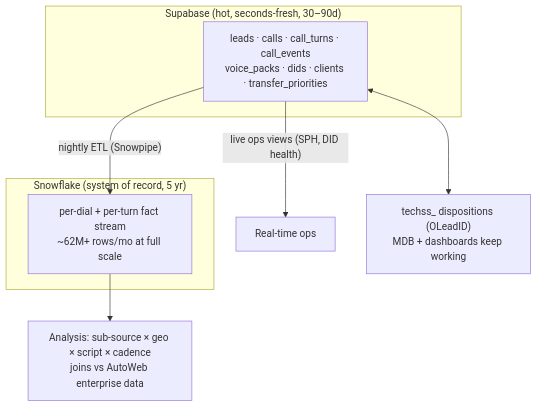
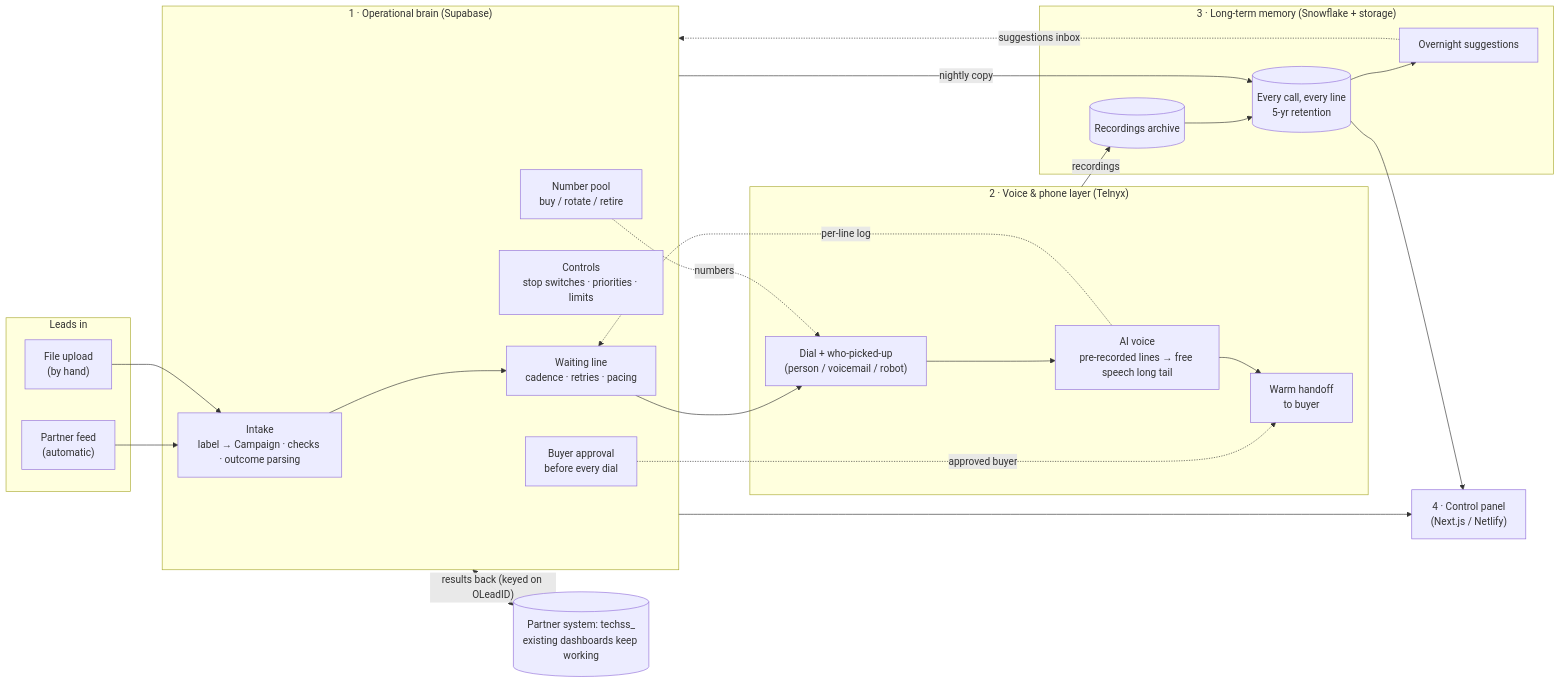
One commit to piermadsen-blcalls/fivestrata-dialer changed the third of 3 diagrams in docs/PRD.md. Above: the diagram before and after it, drawn with Mermaid. The commit also changed other lines of this file and 3 other files, not shown here.

First line of the commit message:
PRD + roadmap Draft v2: merge Pier's plain-language draft with Sean's v1

````diff
--- a/docs/PRD.md
+++ b/docs/PRD.md
@@ -145,13 +329,47 @@
 ```mermaid
-flowchart TB
-  subgraph HOT["Supabase (hot, seconds-fresh, 30–90d)"]
-    OPS["leads · calls · call_turns · call_events<br/>voice_packs · dids · clients · transfer_priorities"]
+flowchart LR
+  subgraph IN["Leads in"]
+    LC["Partner feed<br/>(automatic)"]
+    UP["File upload<br/>(by hand)"]
   end
-  subgraph WH["Snowflake (system of record, 5 yr)"]
-    FACT["per-dial + per-turn fact stream<br/>~62M+ rows/mo at full scale"]
+
+  subgraph BRAIN["1 · Operational brain (Supabase)"]
+    API["Intake<br/>label → Campaign · checks · outcome parsing"]
+    Q["Waiting line<br/>cadence · retries · pacing"]
+    DIDM["Number pool<br/>buy / rotate / retire"]
+    CSEL["Buyer approval<br/>before every dial"]
+    CTRL["Controls<br/>stop switches · priorities · limits"]
   end
-  OPS -- "nightly ETL (Snowpipe)" --> FACT
-  OPS -- "live ops views (SPH, DID health)" --> LIVEDASH["Real-time ops"]
-  FACT --> AN["Analysis: sub-source × geo × script × cadence<br/>joins vs AutoWeb enterprise data"]
-  OPS <--> WRITEBACK["techss_ dispositions (OLeadID)<br/>MDB + dashboards keep working"]
+
+  subgraph CALL["2 · Voice & phone layer (Telnyx)"]
+    DIAL["Dial + who-picked-up<br/>(person / voicemail / robot)"]
+    AGENT["AI voice<br/>pre-recorded lines → free speech long tail"]
+    XFER["Warm handoff<br/>to buyer"]
+  end
+
+  subgraph DATA["3 · Long-term memory (Snowflake + storage)"]
+    SF[("Every call, every line<br/>5-yr retention")]
+    REC[("Recordings archive")]
+    SUG["Overnight suggestions"]
+  end
+
+  UI["4 · Control panel<br/>(Next.js / Netlify)"]
+
+  LC --> API
+  UP --> API
+  API --> Q
+  Q --> DIAL
+  DIDM -.numbers.-> DIAL
+  DIAL --> AGENT
+  CSEL -.approved buyer.-> XFER
+  AGENT --> XFER
+  AGENT -. per-line log .-> Q
+  BRAIN -- nightly copy --> SF
+  CALL -- recordings --> REC
+  REC --> SF
+  SF --> SUG
+  SUG -. suggestions inbox .-> BRAIN
+  BRAIN --> UI
+  SF --> UI
+  BRAIN <-. results back (keyed on OLeadID) .-> TECHSS[("Partner system: techss_<br/>existing dashboards keep working")]
 ```
````
